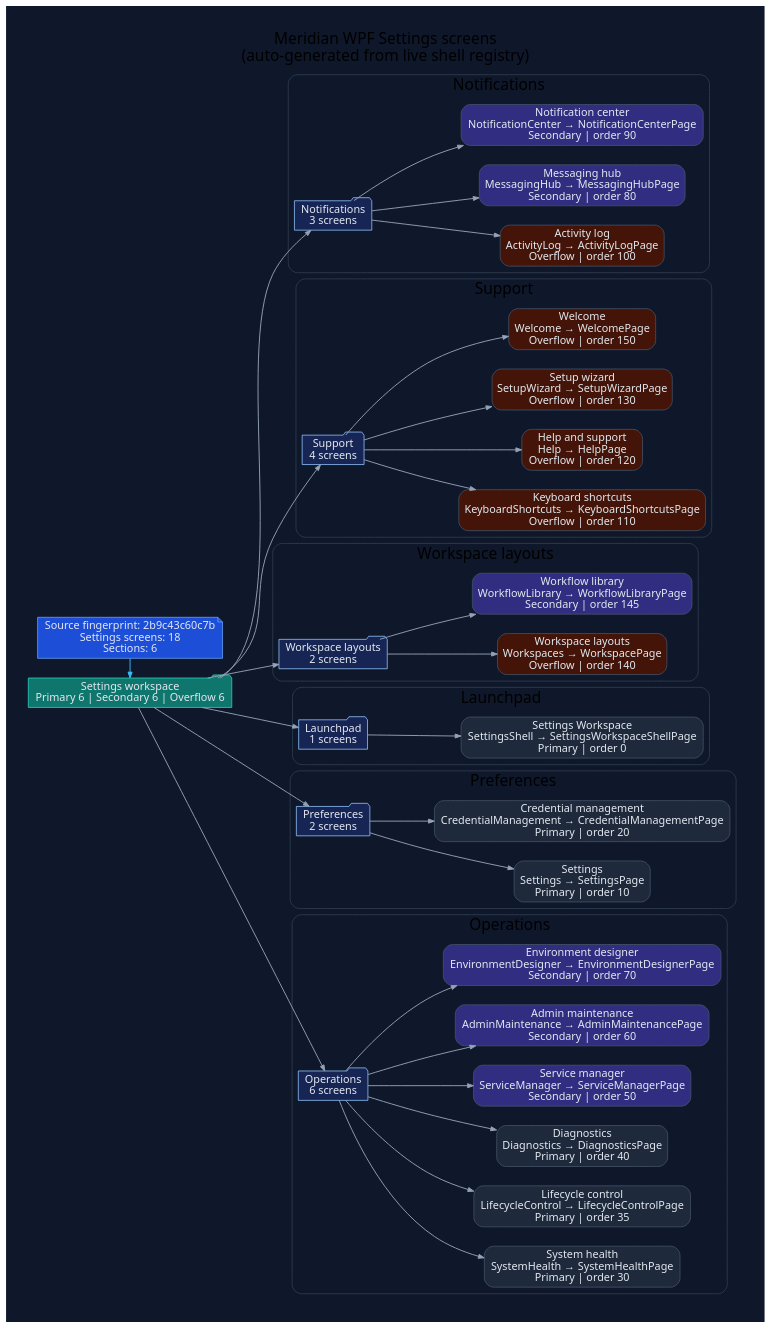
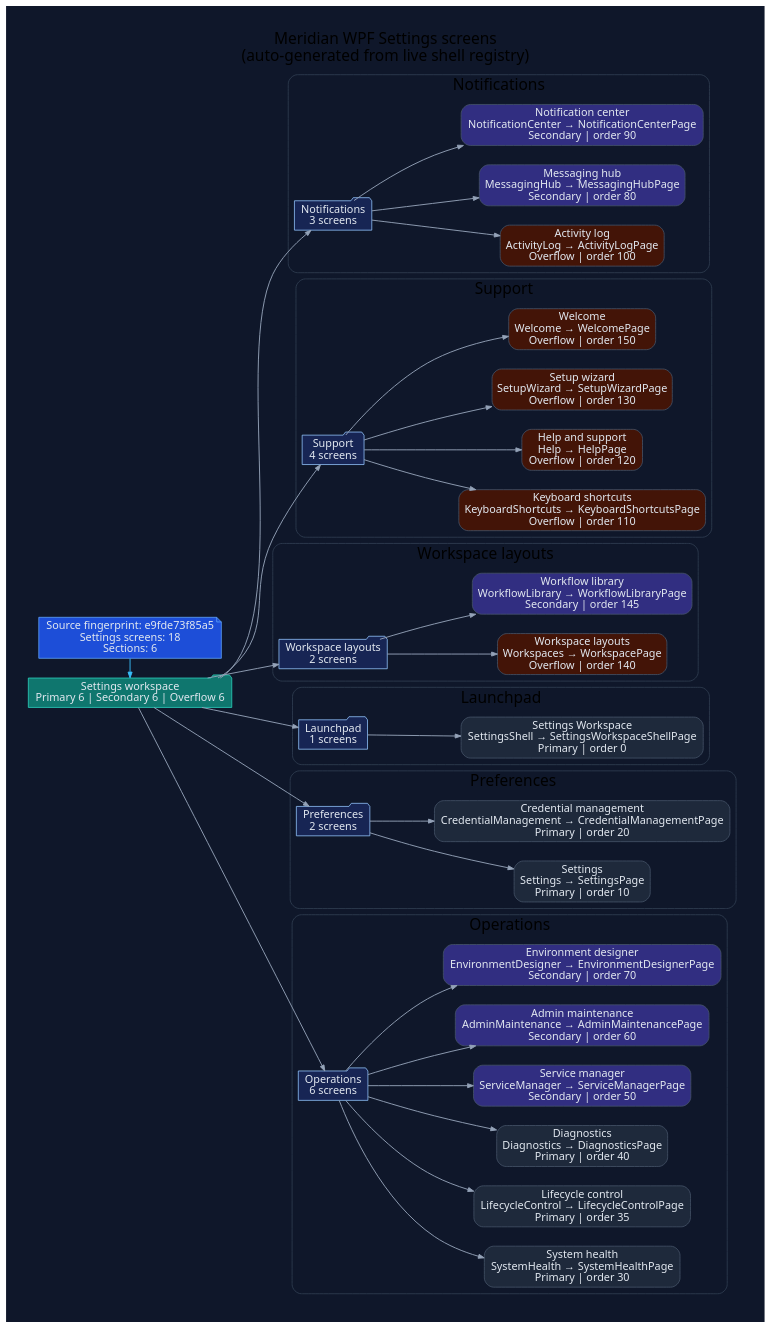
Before and after one commit to rodoHasArrived/Meridian-main: the diagram in docs/diagrams/ui/ui-wpf-screens-settings.dot, drawn with Graphviz. The commit also changed 69 other files, not shown here.

Commit message:
Reject mixed close versions and refresh generated schema evidence

```diff
--- a/docs/diagrams/ui/ui-wpf-screens-settings.dot
+++ b/docs/diagrams/ui/ui-wpf-screens-settings.dot
@@ -1,110 +1,110 @@
 // -----------------------------------------------------------------------------
 // <auto-generated>
 // Generated by scripts/generate-diagrams.mjs.
 // Do not edit this file directly; update the WPF source files instead.
 // -----------------------------------------------------------------------------
 digraph WpfSettingsScreens {
   graph [
     rankdir=LR,
     labelloc=t,
     label="Meridian WPF Settings screens\n(auto-generated from live shell registry)",
     fontname="Segoe UI",
     fontsize=20,
     pad=0.4,
     nodesep=0.35,
     ranksep=0.85,
     bgcolor="#0f172a"
   ];
   node [fontname="Segoe UI", shape=box, style="rounded,filled", color="#475569", fontcolor="#e2e8f0", fillcolor="#1e293b"];
   edge [fontname="Segoe UI", color="#94a3b8", penwidth=1.2, arrowsize=0.75];
 
-  generated [shape=note, fillcolor="#1d4ed8", color="#60a5fa", label="Source fingerprint: 2b9c43c60c7b\nSettings screens: 18\nSections: 6"];
+  generated [shape=note, fillcolor="#1d4ed8", color="#60a5fa", label="Source fingerprint: e9fde73f85a5\nSettings screens: 18\nSections: 6"];
   workspace [shape=folder, fillcolor="#0f766e", color="#2dd4bf", label="Settings workspace\nPrimary 6 | Secondary 6 | Overflow 6"];
   generated -> workspace [color="#38bdf8"];
 
   subgraph cluster_section_1 {
     label="Notifications";
     color="#334155";
     style="rounded";
     section_1 [shape=folder, fillcolor="#172554", color="#93c5fd", label="Notifications\n3 screens"];
     workspace -> section_1;
     screen_ActivityLog [fillcolor="#431407", label="Activity log\nActivityLog → ActivityLogPage\nOverflow | order 100"];
     section_1 -> screen_ActivityLog;
     screen_MessagingHub [fillcolor="#312e81", label="Messaging hub\nMessagingHub → MessagingHubPage\nSecondary | order 80"];
     section_1 -> screen_MessagingHub;
     screen_NotificationCenter [fillcolor="#312e81", label="Notification center\nNotificationCenter → NotificationCenterPage\nSecondary | order 90"];
     section_1 -> screen_NotificationCenter;
   }
 
   subgraph cluster_section_2 {
     label="Support";
     color="#334155";
     style="rounded";
     section_2 [shape=folder, fillcolor="#172554", color="#93c5fd", label="Support\n4 screens"];
     workspace -> section_2;
     screen_KeyboardShortcuts [fillcolor="#431407", label="Keyboard shortcuts\nKeyboardShortcuts → KeyboardShortcutsPage\nOverflow | order 110"];
     section_2 -> screen_KeyboardShortcuts;
     screen_Help [fillcolor="#431407", label="Help and support\nHelp → HelpPage\nOverflow | order 120"];
     section_2 -> screen_Help;
     screen_SetupWizard [fillcolor="#431407", label="Setup wizard\nSetupWizard → SetupWizardPage\nOverflow | order 130"];
     section_2 -> screen_SetupWizard;
     screen_Welcome [fillcolor="#431407", label="Welcome\nWelcome → WelcomePage\nOverflow | order 150"];
     section_2 -> screen_Welcome;
   }
 
   subgraph cluster_section_3 {
     label="Workspace layouts";
     color="#334155";
     style="rounded";
     section_3 [shape=folder, fillcolor="#172554", color="#93c5fd", label="Workspace layouts\n2 screens"];
     workspace -> section_3;
     screen_Workspaces [fillcolor="#431407", label="Workspace layouts\nWorkspaces → WorkspacePage\nOverflow | order 140"];
     section_3 -> screen_Workspaces;
     screen_WorkflowLibrary [fillcolor="#312e81", label="Workflow library\nWorkflowLibrary → WorkflowLibraryPage\nSecondary | order 145"];
     section_3 -> screen_WorkflowLibrary;
   }
 
   subgraph cluster_section_4 {
     label="Launchpad";
     color="#334155";
     style="rounded";
     section_4 [shape=folder, fillcolor="#172554", color="#93c5fd", label="Launchpad\n1 screens"];
     workspace -> section_4;
     screen_SettingsShell [fillcolor="#1e293b", label="Settings Workspace\nSettingsShell → SettingsWorkspaceShellPage\nPrimary | order 0"];
     section_4 -> screen_SettingsShell;
   }
 
   subgraph cluster_section_5 {
     label="Preferences";
     color="#334155";
     style="rounded";
     section_5 [shape=folder, fillcolor="#172554", color="#93c5fd", label="Preferences\n2 screens"];
     workspace -> section_5;
     screen_Settings [fillcolor="#1e293b", label="Settings\nSettings → SettingsPage\nPrimary | order 10"];
     section_5 -> screen_Settings;
     screen_CredentialManagement [fillcolor="#1e293b", label="Credential management\nCredentialManagement → CredentialManagementPage\nPrimary | order 20"];
     section_5 -> screen_CredentialManagement;
   }
 
   subgraph cluster_section_6 {
     label="Operations";
     color="#334155";
     style="rounded";
     section_6 [shape=folder, fillcolor="#172554", color="#93c5fd", label="Operations\n6 screens"];
     workspace -> section_6;
     screen_SystemHealth [fillcolor="#1e293b", label="System health\nSystemHealth → SystemHealthPage\nPrimary | order 30"];
     section_6 -> screen_SystemHealth;
     screen_LifecycleControl [fillcolor="#1e293b", label="Lifecycle control\nLifecycleControl → LifecycleControlPage\nPrimary | order 35"];
     section_6 -> screen_LifecycleControl;
     screen_Diagnostics [fillcolor="#1e293b", label="Diagnostics\nDiagnostics → DiagnosticsPage\nPrimary | order 40"];
     section_6 -> screen_Diagnostics;
     screen_ServiceManager [fillcolor="#312e81", label="Service manager\nServiceManager → ServiceManagerPage\nSecondary | order 50"];
     section_6 -> screen_ServiceManager;
     screen_AdminMaintenance [fillcolor="#312e81", label="Admin maintenance\nAdminMaintenance → AdminMaintenancePage\nSecondary | order 60"];
     section_6 -> screen_AdminMaintenance;
     screen_EnvironmentDesigner [fillcolor="#312e81", label="Environment designer\nEnvironmentDesigner → EnvironmentDesignerPage\nSecondary | order 70"];
     section_6 -> screen_EnvironmentDesigner;
   }
 
   { rank=min; generated; workspace; }
 }
```
